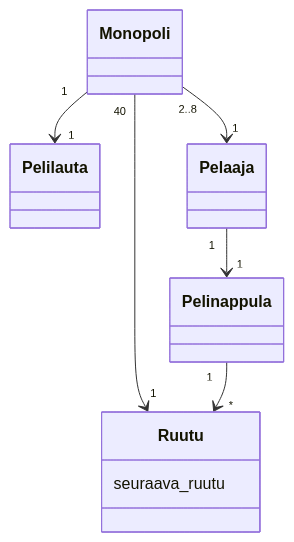
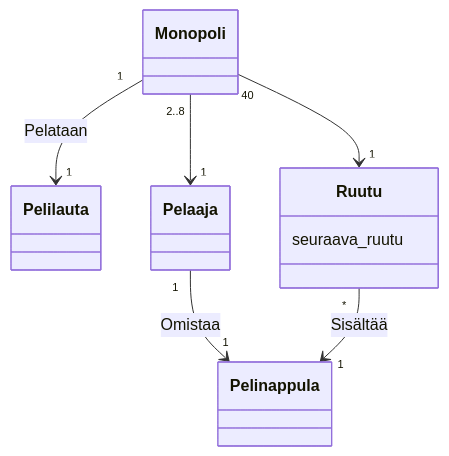
The diagram in laskarit/viikko3/monopoli1.md (immone/ot-harjoitustyo-2023), drawn with Mermaid before and after one commit.

Commit message:
Monopoli1.md

````diff
--- a/laskarit/viikko3/monopoli1.md
+++ b/laskarit/viikko3/monopoli1.md
@@ -1,19 +1,19 @@
 ```mermaid
  classDiagram
-      Monopoli "1" --> "1" Pelilauta
-      Monopoli "2..8" --> "1" Pelaaja
+      Monopoli "1" --> "1" Pelilauta : Pelataan
+      Monopoli "2..8" --> "1" Pelaaja 
       Monopoli "40" --> "1" Ruutu
-      Pelaaja "1" --> "1" Pelinappula
-      Pelinappula "1" --> "*" Ruutu
+      Pelaaja "1" --> "1" Pelinappula : Omistaa
+      Ruutu "*" --> "1" Pelinappula : Sisältää
       class Monopoli{
       }
       class Pelilauta{
       }
       class Ruutu{
       	seuraava_ruutu
       }
       class Pelaaja{
       }
       class Pelinappula{	
       }
 ```
````
